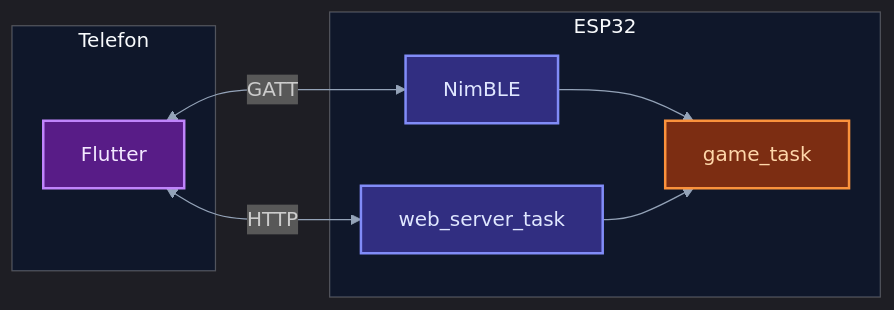
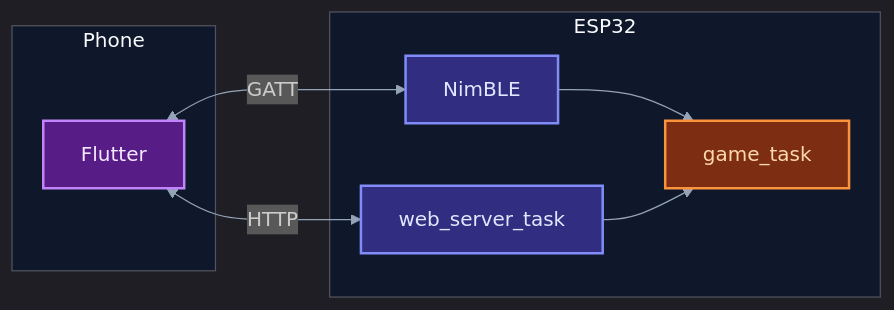
Before and after one commit to AlfredKrutina/chess_esp32_c6_devkit: the third of 5 diagrams in docs/flutter/README.md, drawn with Mermaid. The commit also changed other lines of this file and 372 other files, not shown here.

````diff
--- a/docs/flutter/README.md
+++ b/docs/flutter/README.md
@@ -104,19 +104,19 @@
 ```mermaid
 %%{init: {'theme':'dark','themeVariables':{'clusterBkg':'#0f172a','lineColor':'#94a3b8','primaryTextColor':'#f1f5f9','titleColor':'#f8fafc'}}}%%
 flowchart LR
-  subgraph Phone["Telefon"]
+  subgraph Phone["Phone"]
     APP[Flutter]:::p
   end
   subgraph Board["ESP32"]
     NIM[NimBLE]:::b
     WEB[web_server_task]:::b
     GT[game_task]:::g
   end
   APP <-->|GATT| NIM
   APP <-->|HTTP| WEB
   NIM --> GT
   WEB --> GT
   classDef p fill:#581c87,stroke:#c084fc,stroke-width:2px,color:#f3e8ff
   classDef b fill:#312e81,stroke:#818cf8,stroke-width:2px,color:#e0e7ff
   classDef g fill:#7c2d12,stroke:#fb923c,stroke-width:2px,color:#fed7aa
 ```
````
